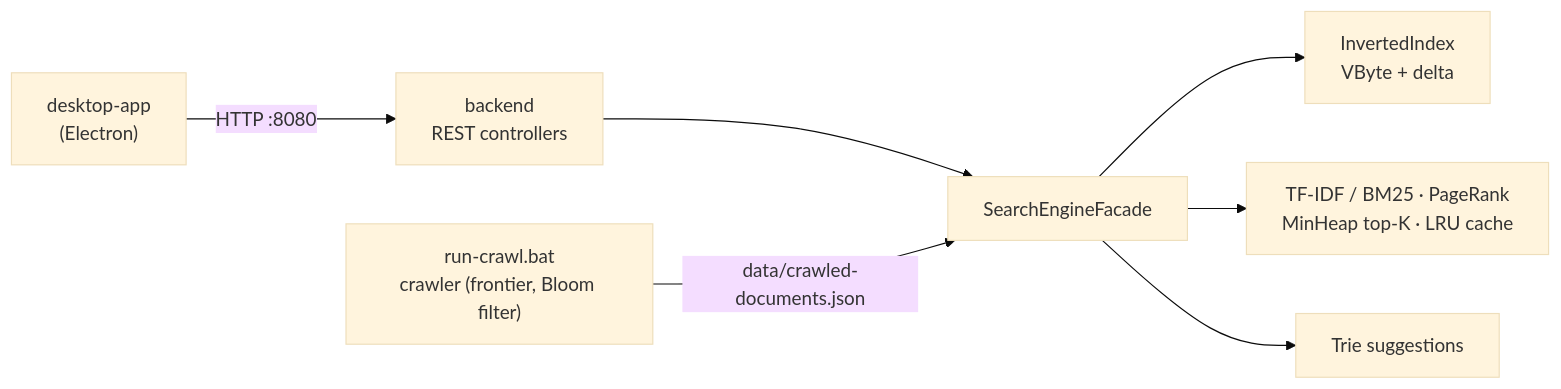
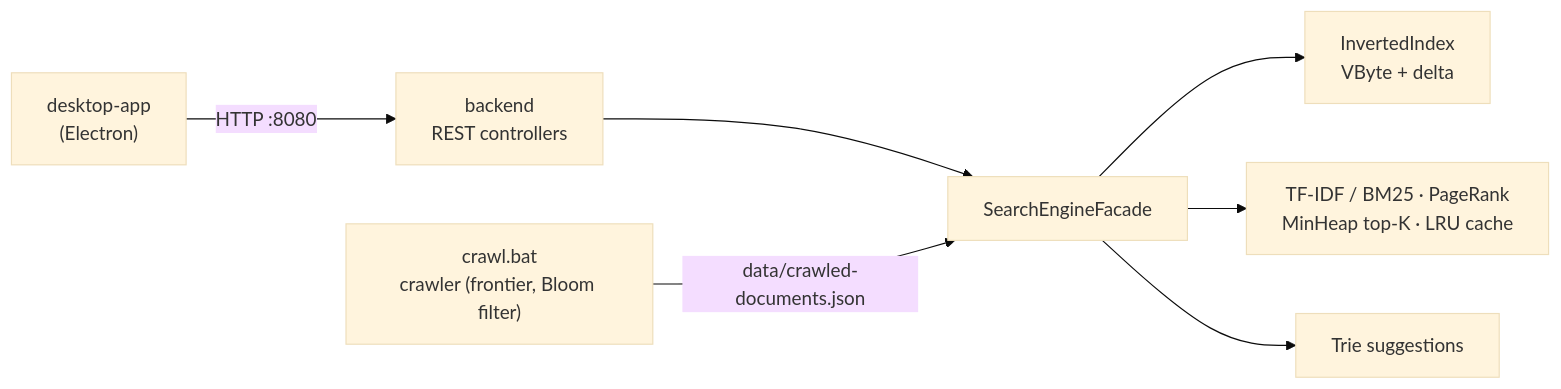
One commit to KietAnhCS/CocCoc-Plus changed the diagram in README.md. Above: the diagram before and after it, drawn with Mermaid (base theme). The commit also changed other lines of this file, not shown here.

````diff
--- a/README.md
+++ b/README.md
@@ -29,9 +29,9 @@
 ```mermaid
 flowchart LR
     APP["desktop-app<br/>(Electron)"] -->|HTTP :8080| API["backend<br/>REST controllers"]
     API --> ENGINE["SearchEngineFacade"]
     ENGINE --> IDX["InvertedIndex<br/>VByte + delta"]
     ENGINE --> RANK["TF-IDF / BM25 · PageRank<br/>MinHeap top-K · LRU cache"]
     ENGINE --> SUG["Trie suggestions"]
-    CRAWL["run-crawl.bat<br/>crawler (frontier, Bloom filter)"] -->|data/crawled-documents.json| ENGINE
+    CRAWL["crawl.bat<br/>crawler (frontier, Bloom filter)"] -->|data/crawled-documents.json| ENGINE
 ```
````
